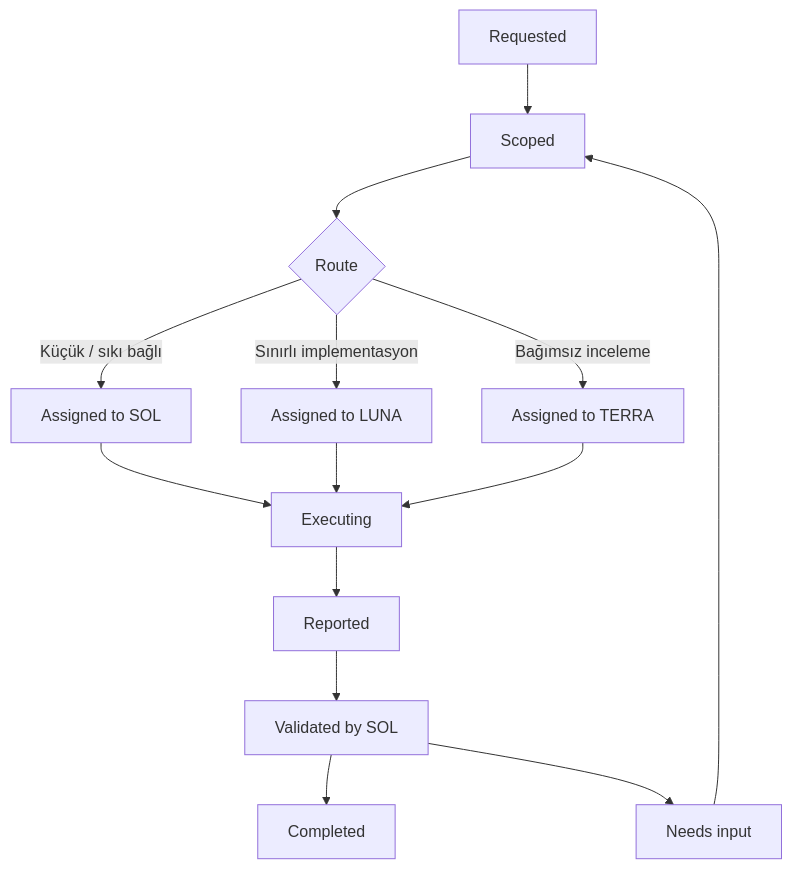
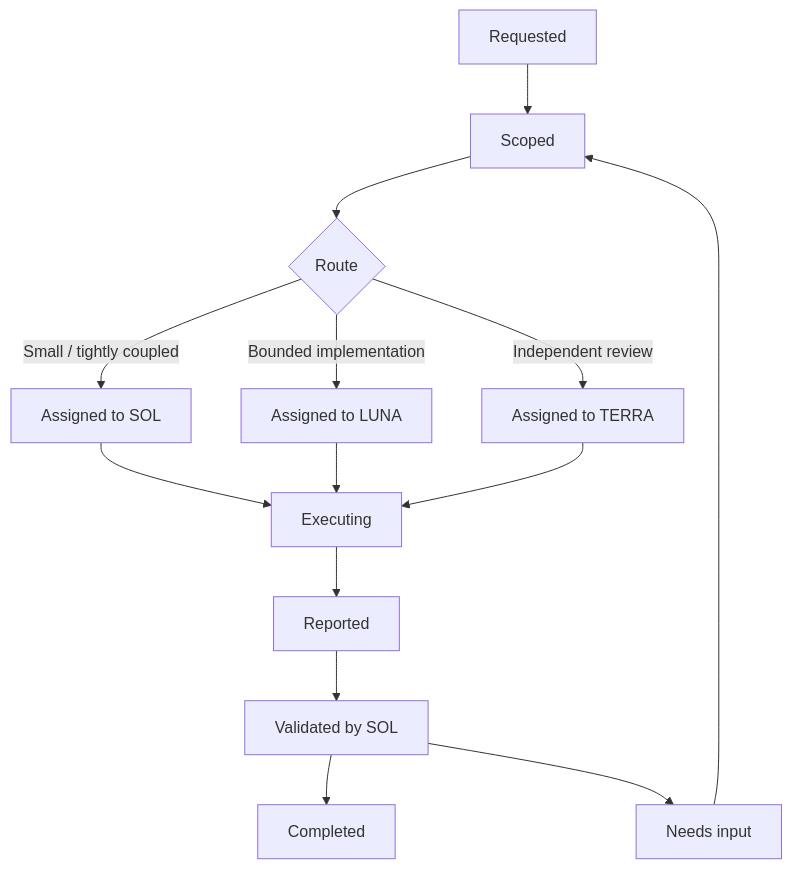
The second of 2 diagrams in README.md (HakanBabus/AgentMaxxing), drawn with Mermaid before and after one commit. The commit also changed other lines of this file and 1 other file, not shown here.

````diff
--- a/README.md
+++ b/README.md
@@ -69,16 +70,16 @@
 ```mermaid
 flowchart TD
     A[Requested] --> B[Scoped]
     B --> C{Route}
-    C -->|Küçük / sıkı bağlı| D[Assigned to SOL]
-    C -->|Sınırlı implementasyon| E[Assigned to LUNA]
-    C -->|Bağımsız inceleme| F[Assigned to TERRA]
+    C -->|Small / tightly coupled| D[Assigned to SOL]
+    C -->|Bounded implementation| E[Assigned to LUNA]
+    C -->|Independent review| F[Assigned to TERRA]
     D --> G[Executing]
     E --> G
     F --> G
     G --> H[Reported]
     H --> I[Validated by SOL]
     I --> J[Completed]
     I --> K[Needs input]
     K --> B
 ```
````
